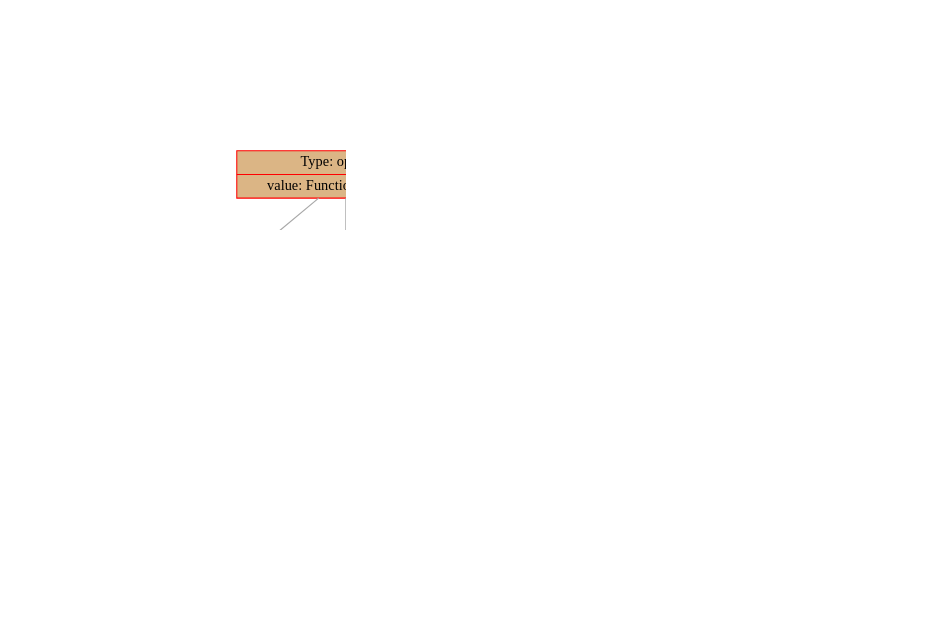
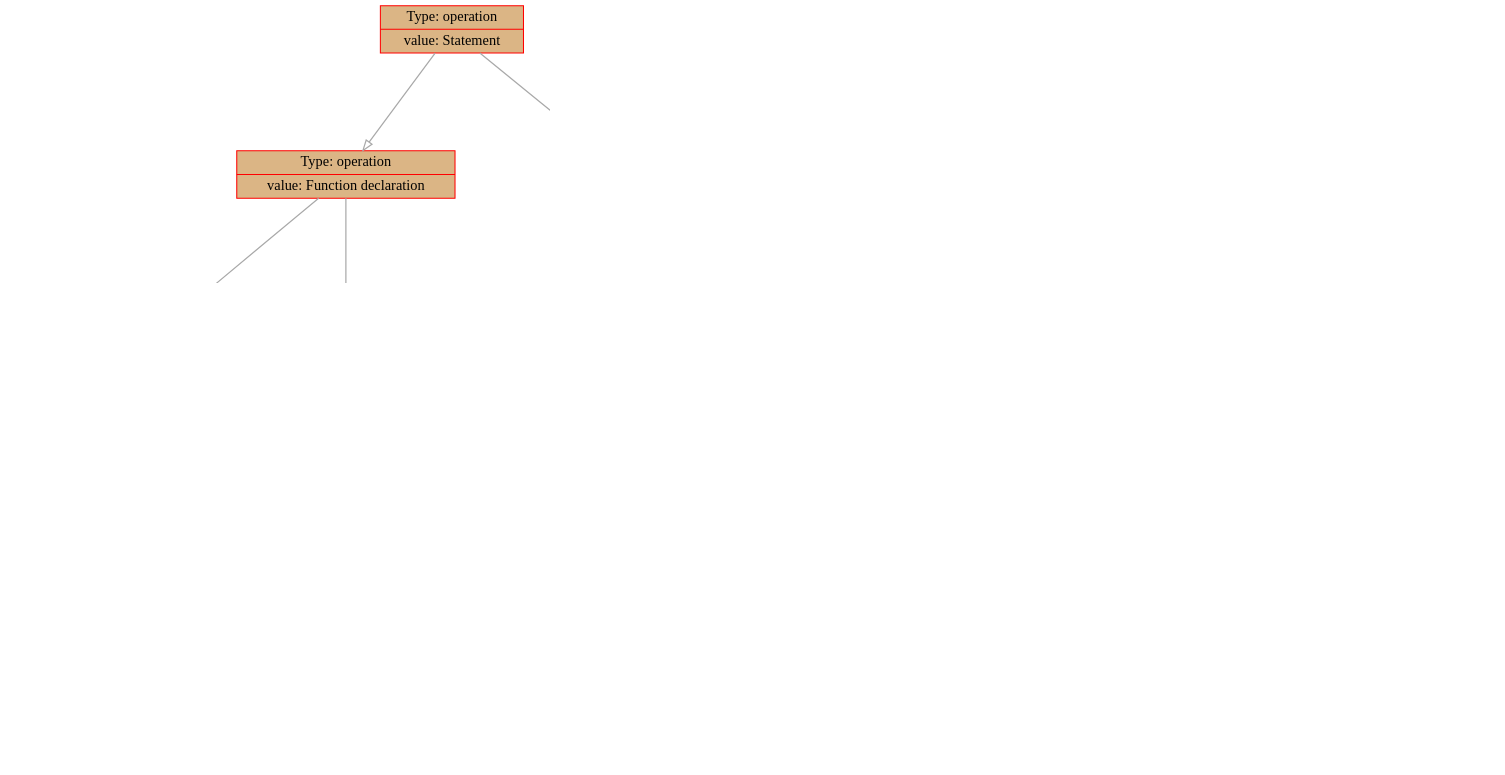
The diagram in backend/data/graph.dot (dodokek/ProgrammingLanguage), drawn with Graphviz before and after one commit. The commit also changed 5 other files, not shown here.

```diff
--- a/backend/data/graph.dot
+++ b/backend/data/graph.dot
@@ -1,55 +1,82 @@
 
     digraph g {
         dpi      = 200;
         fontname = "Comic Sans MS";
         fontsize = 20;
         rankdir   =  TB;
         edge [color = darkgrey, arrowhead = onormal, arrowsize = 1, penwidth = 1.2]
         graph[fillcolor = lightgreen, ranksep = 1.3, nodesep = 0.5,
         style = "rounded, filled",color = green, penwidth = 2]
 
-    Node000001d313fe6810[shape=record, width=0.2, style="filled", color="red", fillcolor="#DBB585",label=" {Type: operation | value: Statement}"] 
+    Node0000012841f268d0[shape=record, width=0.2, style="filled", color="red", fillcolor="#DBB585",label=" {Type: operation | value: Statement}"] 
  
-Node000001d313fe1d70[shape=record, width=0.2, style="filled", color="red", fillcolor="#DBB585",label=" {Type: operation | value: Function declaration}"] 
+Node0000012841f21d70[shape=record, width=0.2, style="filled", color="red", fillcolor="#DBB585",label=" {Type: operation | value: Function declaration}"] 
  
-Node000001d313fe1c50[shape=record, width=0.2, style="filled", color="red", fillcolor="#19DB27",label=" {Function name |Name: main}"] 
+Node0000012841f21c50[shape=record, width=0.2, style="filled", color="red", fillcolor="#19DB27",label=" {Function name |Name: main}"] 
  
-Node000001d313fe1d40[shape=record, width=0.2, style="filled", color="red", fillcolor="#DBB585",label=" {Type: operation | value: Statement}"] 
+Node0000012841f21d40[shape=record, width=0.2, style="filled", color="red", fillcolor="#DBB585",label=" {Type: operation | value: Statement}"] 
  
-Node000001d313fe1ce0[shape=record, width=0.2, style="filled", color="red", fillcolor="#DBB585",label=" {Type: operation | value: +}"] 
+Node0000012841f21ce0[shape=record, width=0.2, style="filled", color="red", fillcolor="#DBB585",label=" {Type: operation | value: +}"] 
  
-Node000001d313fe1c80[shape=record, width=0.2, style="filled", color="red", fillcolor="#DB8E21",label=" {Type: number | value: 1}"] 
+Node0000012841f21c80[shape=record, width=0.2, style="filled", color="red", fillcolor="#DB8E21",label=" {Type: number | value: 1}"] 
  
-Node000001d313fe1cb0[shape=record, width=0.2, style="filled", color="red", fillcolor="#DB8E21",label=" {Type: number | value: 1}"] 
+Node0000012841f21cb0[shape=record, width=0.2, style="filled", color="red", fillcolor="#DB8E21",label=" {Type: number | value: 1}"] 
  
-Node000001d313fe1d10[shape=record, width=0.2, style="filled", color="red", fillcolor="#DBB585",label=" {Type: operation | value: Return of function}"] 
+Node0000012841f21d10[shape=record, width=0.2, style="filled", color="red", fillcolor="#DBB585",label=" {Type: operation | value: Return of function}"] 
  
-Node000001d313fe66a0[shape=record, width=0.2, style="filled", color="red", fillcolor="#DBB585",label=" {Type: operation | value: if}"] 
+Node0000012841f267e0[shape=record, width=0.2, style="filled", color="red", fillcolor="#DBB585",label=" {Type: operation | value: if}"] 
  
-Node000001d313fe65e0[shape=record, width=0.2, style="filled", color="red", fillcolor="#DBB585",label=" {Type: operation | value: ==}"] 
+Node0000012841f265e0[shape=record, width=0.2, style="filled", color="red", fillcolor="#DBB585",label=" {Type: operation | value: ==}"] 
  
-Node000001d313fe6580[shape=record, width=0.2, style="filled", color="red", fillcolor="#DB8E21",label=" {Type: number | value: 2}"] 
+Node0000012841f26580[shape=record, width=0.2, style="filled", color="red", fillcolor="#DB8E21",label=" {Type: number | value: 1}"] 
  
-Node000001d313fe65b0[shape=record, width=0.2, style="filled", color="red", fillcolor="#DB8E21",label=" {Type: number | value: 5}"] 
+Node0000012841f265b0[shape=record, width=0.2, style="filled", color="red", fillcolor="#DB8E21",label=" {Type: number | value: 2}"] 
  
-Node000001d313fe6670[shape=record, width=0.2, style="filled", color="red", fillcolor="#DBB585",label=" {Type: operation | value: else}"] 
+Node0000012841f26870[shape=record, width=0.2, style="filled", color="red", fillcolor="#DBB585",label=" {Type: operation | value: else}"] 
  
-Node000001d313fe6640[shape=record, width=0.2, style="filled", color="red", fillcolor="#DBB585",label=" {Type: operation | value: Function call}"] 
+Node0000012841f266a0[shape=record, width=0.2, style="filled", color="red", fillcolor="#DBB585",label=" {Type: operation | value: Statement}"] 
  
-Node000001d313fe6610[shape=record, width=0.2, style="filled", color="red", fillcolor="#19DB27",label=" {Function name |Name: main}"] 
+Node0000012841f26670[shape=record, width=0.2, style="filled", color="red", fillcolor="#DBB585",label=" {Type: operation | value: Var}"] 
  
-Node000001d313fe6810->Node000001d313fe1d70
-Node000001d313fe1d70->Node000001d313fe1c50
-Node000001d313fe1d70->Node000001d313fe1d40
-Node000001d313fe1d40->Node000001d313fe1ce0
-Node000001d313fe1ce0->Node000001d313fe1c80
-Node000001d313fe1ce0->Node000001d313fe1cb0
-Node000001d313fe1d40->Node000001d313fe1d10
-Node000001d313fe6810->Node000001d313fe66a0
-Node000001d313fe66a0->Node000001d313fe65e0
-Node000001d313fe65e0->Node000001d313fe6580
-Node000001d313fe65e0->Node000001d313fe65b0
-Node000001d313fe66a0->Node000001d313fe6670
-Node000001d313fe6670->Node000001d313fe6640
-Node000001d313fe6640->Node000001d313fe6610
+Node0000012841f26610[shape=record, width=0.2, style="filled", color="red", fillcolor="#19DB27",label=" {Type: variable | value: X}"] 
+ 
+Node0000012841f26640[shape=record, width=0.2, style="filled", color="red", fillcolor="#DB8E21",label=" {Type: number | value: 2}"] 
+ 
+Node0000012841f26840[shape=record, width=0.2, style="filled", color="red", fillcolor="#DBB585",label=" {Type: operation | value: if}"] 
+ 
+Node0000012841f268a0[shape=record, width=0.2, style="filled", color="red", fillcolor="#DBB585",label=" {Type: operation | value: ==}"] 
+ 
+Node0000012841f267b0[shape=record, width=0.2, style="filled", color="red", fillcolor="#DB8E21",label=" {Type: number | value: 3}"] 
+ 
+Node0000012841f26810[shape=record, width=0.2, style="filled", color="red", fillcolor="#19DB27",label=" {Type: variable | value: X}"] 
+ 
+Node0000012841f269f0[shape=record, width=0.2, style="filled", color="red", fillcolor="#DBB585",label=" {Type: operation | value: else}"] 
+ 
+Node0000012841f26720[shape=record, width=0.2, style="filled", color="red", fillcolor="#DB8E21",label=" {Type: number | value: 123}"] 
+ 
+Node0000012841f26960[shape=record, width=0.2, style="filled", color="red", fillcolor="#DB8E21",label=" {Type: number | value: 546}"] 
+ 
+Node0000012841f268d0->Node0000012841f21d70
+Node0000012841f21d70->Node0000012841f21c50
+Node0000012841f21d70->Node0000012841f21d40
+Node0000012841f21d40->Node0000012841f21ce0
+Node0000012841f21ce0->Node0000012841f21c80
+Node0000012841f21ce0->Node0000012841f21cb0
+Node0000012841f21d40->Node0000012841f21d10
+Node0000012841f268d0->Node0000012841f267e0
+Node0000012841f267e0->Node0000012841f265e0
+Node0000012841f265e0->Node0000012841f26580
+Node0000012841f265e0->Node0000012841f265b0
+Node0000012841f267e0->Node0000012841f26870
+Node0000012841f26870->Node0000012841f266a0
+Node0000012841f266a0->Node0000012841f26670
+Node0000012841f26670->Node0000012841f26610
+Node0000012841f26670->Node0000012841f26640
+Node0000012841f26870->Node0000012841f26840
+Node0000012841f26840->Node0000012841f268a0
+Node0000012841f268a0->Node0000012841f267b0
+Node0000012841f268a0->Node0000012841f26810
+Node0000012841f26840->Node0000012841f269f0
+Node0000012841f269f0->Node0000012841f26720
+Node0000012841f269f0->Node0000012841f26960
 }
```
